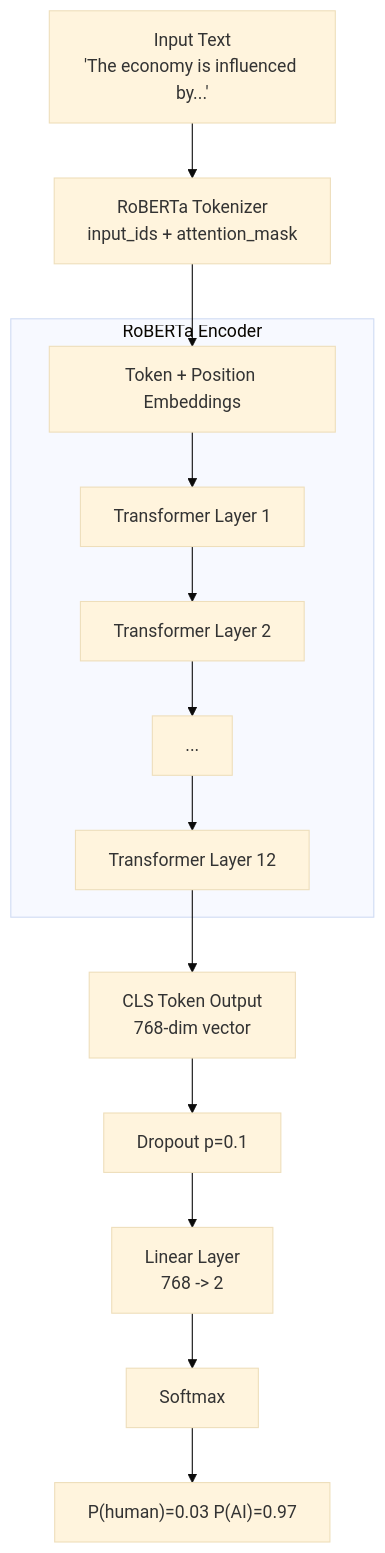
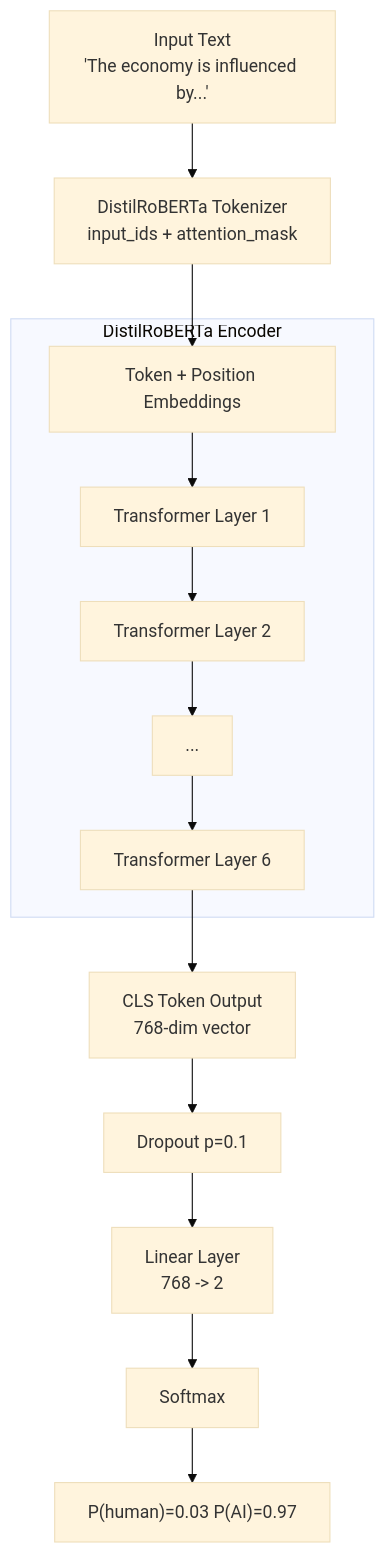
One commit to Max00358/AI-gen-text-detector changed the second of 4 diagrams in README.md. Above: the diagram before and after it, drawn with Mermaid (base theme). The commit also changed other lines of this file, not shown here.

````diff
--- a/README.md
+++ b/README.md
@@ -572,21 +582,21 @@
 ```mermaid
 flowchart TB
     Input["Input Text<br/>'The economy is influenced by...'"]
-    Tokenizer["RoBERTa Tokenizer<br/>input_ids + attention_mask"]
+    Tokenizer["DistilRoBERTa Tokenizer<br/>input_ids + attention_mask"]
     
-    subgraph encoder [RoBERTa Encoder]
+    subgraph encoder [DistilRoBERTa Encoder]
         Emb["Token + Position Embeddings"]
         L1["Transformer Layer 1"]
         L2["Transformer Layer 2"]
         Ldots["..."]
-        L12["Transformer Layer 12"]
+        L6["Transformer Layer 6"]
     end
 
     CLS["CLS Token Output<br/>768-dim vector"]
     Drop["Dropout p=0.1"]
     Linear["Linear Layer<br/>768 -> 2"]
     Softmax["Softmax"]
     Out["P(human)=0.03  P(AI)=0.97"]
 
-    Input --> Tokenizer --> Emb --> L1 --> L2 --> Ldots --> L12 --> CLS --> Drop --> Linear --> Softmax --> Out
+    Input --> Tokenizer --> Emb --> L1 --> L2 --> Ldots --> L6 --> CLS --> Drop --> Linear --> Softmax --> Out
 ```
````
